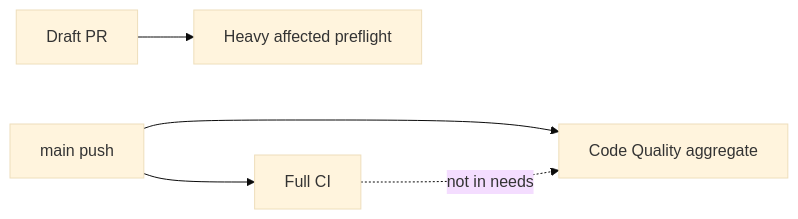
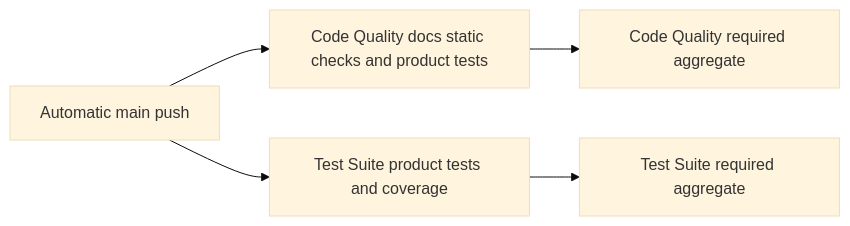
The first of 11 diagrams in docs/architecture/components/ci-governance/ci-delivery-governance-component.md (dunay2/dvt), drawn with Mermaid (base theme) before and after one commit. The commit also changed other lines of this file and 424 other files, not shown here.

````diff
--- a/docs/architecture/components/ci-governance/ci-delivery-governance-component.md
+++ b/docs/architecture/components/ci-governance/ci-delivery-governance-component.md
@@ -143,7 +145,7 @@
 ```mermaid
 flowchart LR
-  Draft[Draft PR] --> Preflight[Heavy affected preflight]
-  Main[main push] --> Full[Full CI]
-  Main --> Aggregate[Code Quality aggregate]
-  Full -. not in needs .-> Aggregate
+  Main[Automatic main push] --> Full[Code Quality docs static checks and product tests]
+  Main --> Tests[Test Suite product tests and coverage]
+  Full --> Aggregate[Code Quality required aggregate]
+  Tests --> TestAggregate[Test Suite required aggregate]
 ```
````
